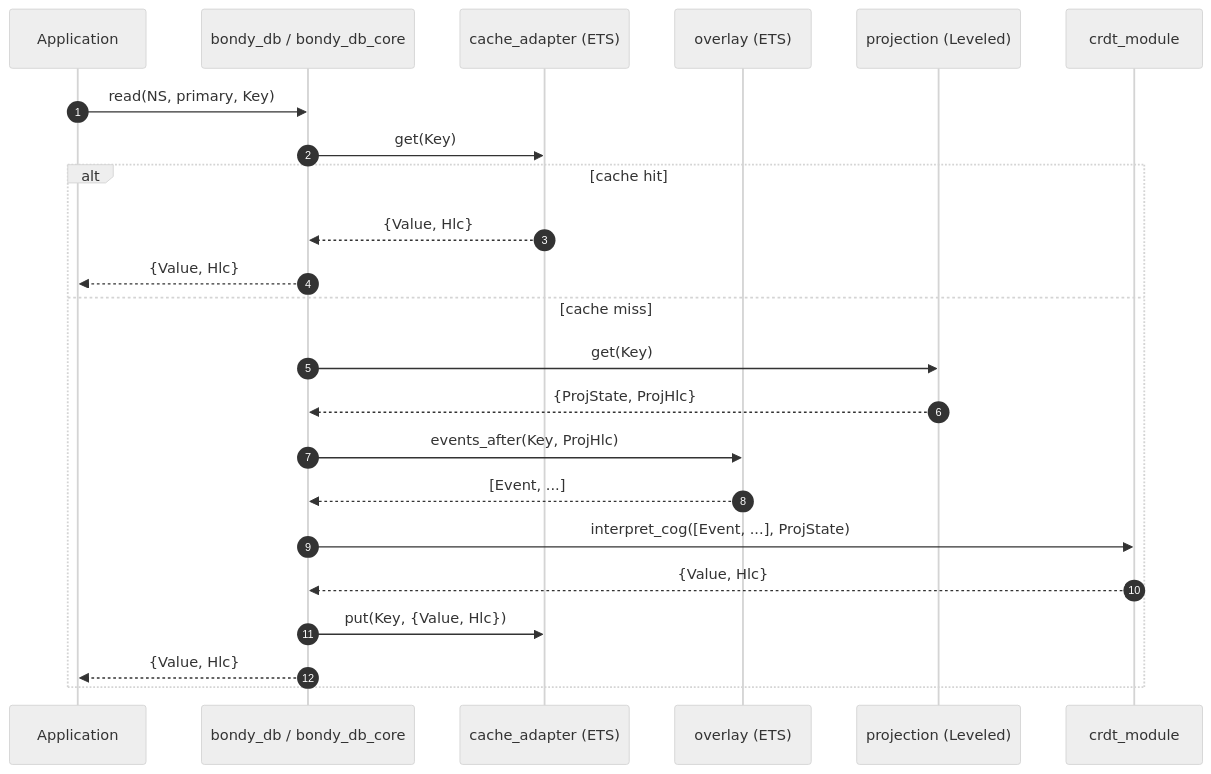
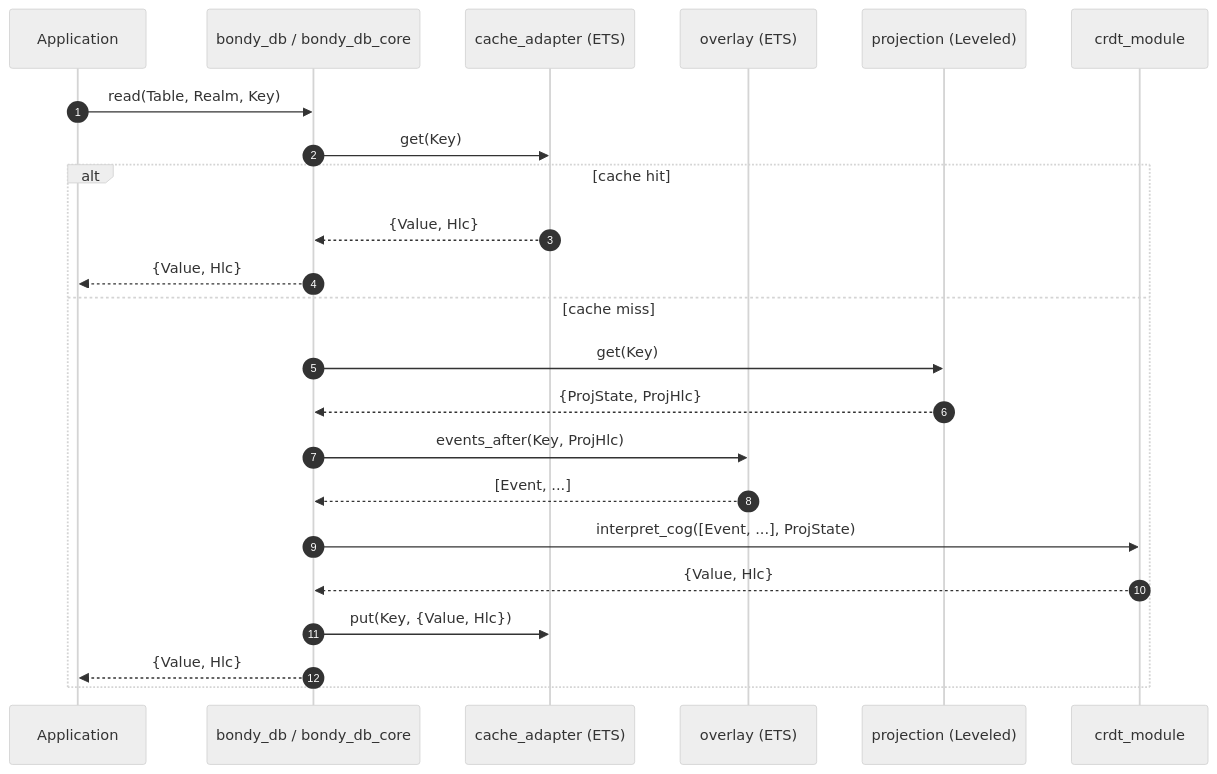
The fourth of 5 diagrams in doc_extras/architecture/00_overview.md (bondy-io/bondy_mst), drawn with Mermaid (neutral theme) before and after one commit. The commit also changed other lines of this file and 10 other files, not shown here.

````diff
--- a/doc_extras/architecture/00_overview.md
+++ b/doc_extras/architecture/00_overview.md
@@ -129,26 +131,26 @@
 ```mermaid
 sequenceDiagram
     autonumber
     participant App as Application
     participant DB as bondy_db / bondy_db_core
     participant CACHE as cache_adapter (ETS)
     participant OV as overlay (ETS)
     participant PROJ as projection (Leveled)
     participant CRDT as crdt_module
 
-    App->>DB: read(NS, primary, Key)
+    App->>DB: read(Table, Realm, Key)
     DB->>CACHE: get(Key)
     alt cache hit
         CACHE-->>DB: {Value, Hlc}
         DB-->>App: {Value, Hlc}
     else cache miss
         DB->>PROJ: get(Key)
         PROJ-->>DB: {ProjState, ProjHlc}
         DB->>OV: events_after(Key, ProjHlc)
         OV-->>DB: [Event, ...]
         DB->>CRDT: interpret_cog([Event, ...], ProjState)
         CRDT-->>DB: {Value, Hlc}
         DB->>CACHE: put(Key, {Value, Hlc})
         DB-->>App: {Value, Hlc}
     end
 ```
````
